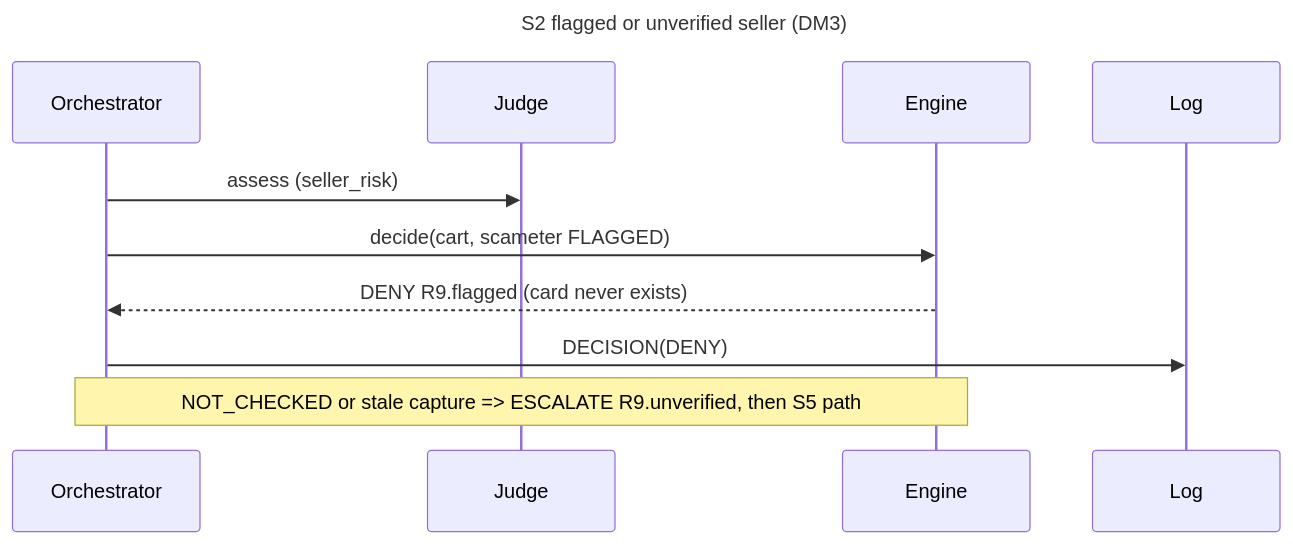
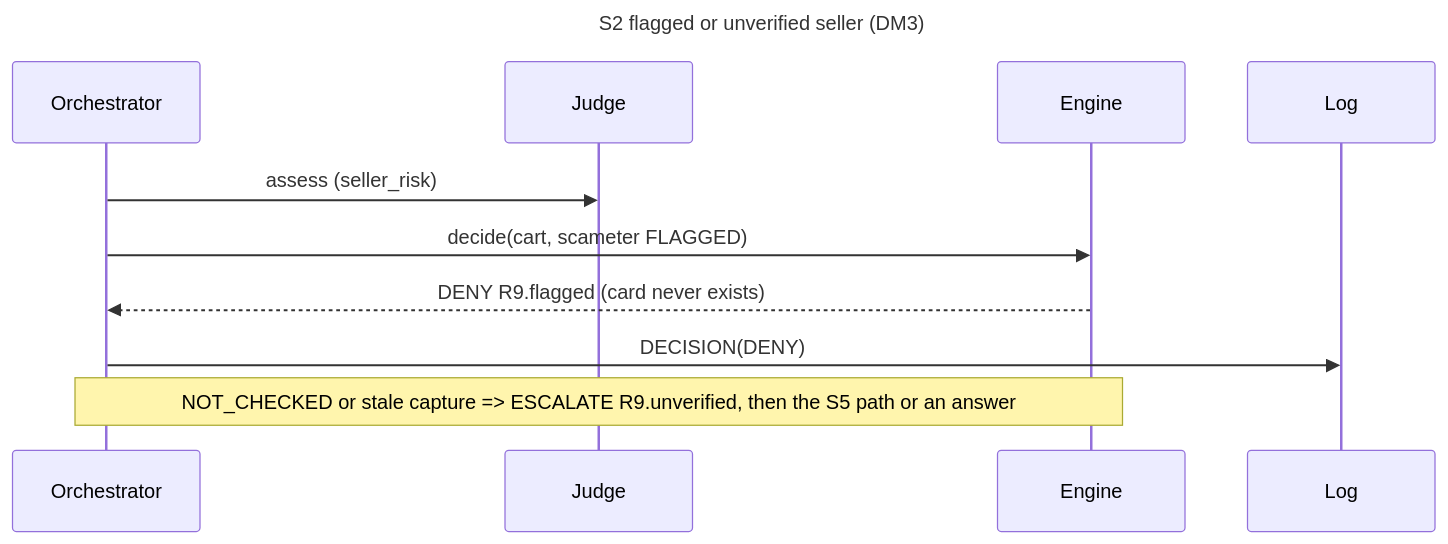
The fifth of 10 diagrams in docs/02-architecture.md (Leocthl/wally), drawn with Mermaid before and after one commit. The commit also changed other lines of this file, not shown here.

Commit message:
docs: architecture in line with the orchestrator, executor, verifier step 9, two local models and on-device mode

````diff
--- a/docs/02-architecture.md
+++ b/docs/02-architecture.md
@@ -121,13 +124,13 @@
 ```mermaid
 sequenceDiagram
   title S2 flagged or unverified seller (DM3)
   participant O as Orchestrator
   participant J as Judge
   participant E as Engine
   participant L as Log
   O->>J: assess (seller_risk)
   O->>E: decide(cart, scameter FLAGGED)
   E-->>O: DENY R9.flagged (card never exists)
   O->>L: DECISION(DENY)
-  Note over O,E: NOT_CHECKED or stale capture => ESCALATE R9.unverified, then S5 path
+  Note over O,E: NOT_CHECKED or stale capture => ESCALATE R9.unverified, then the S5 path or an answer
 ```
````
